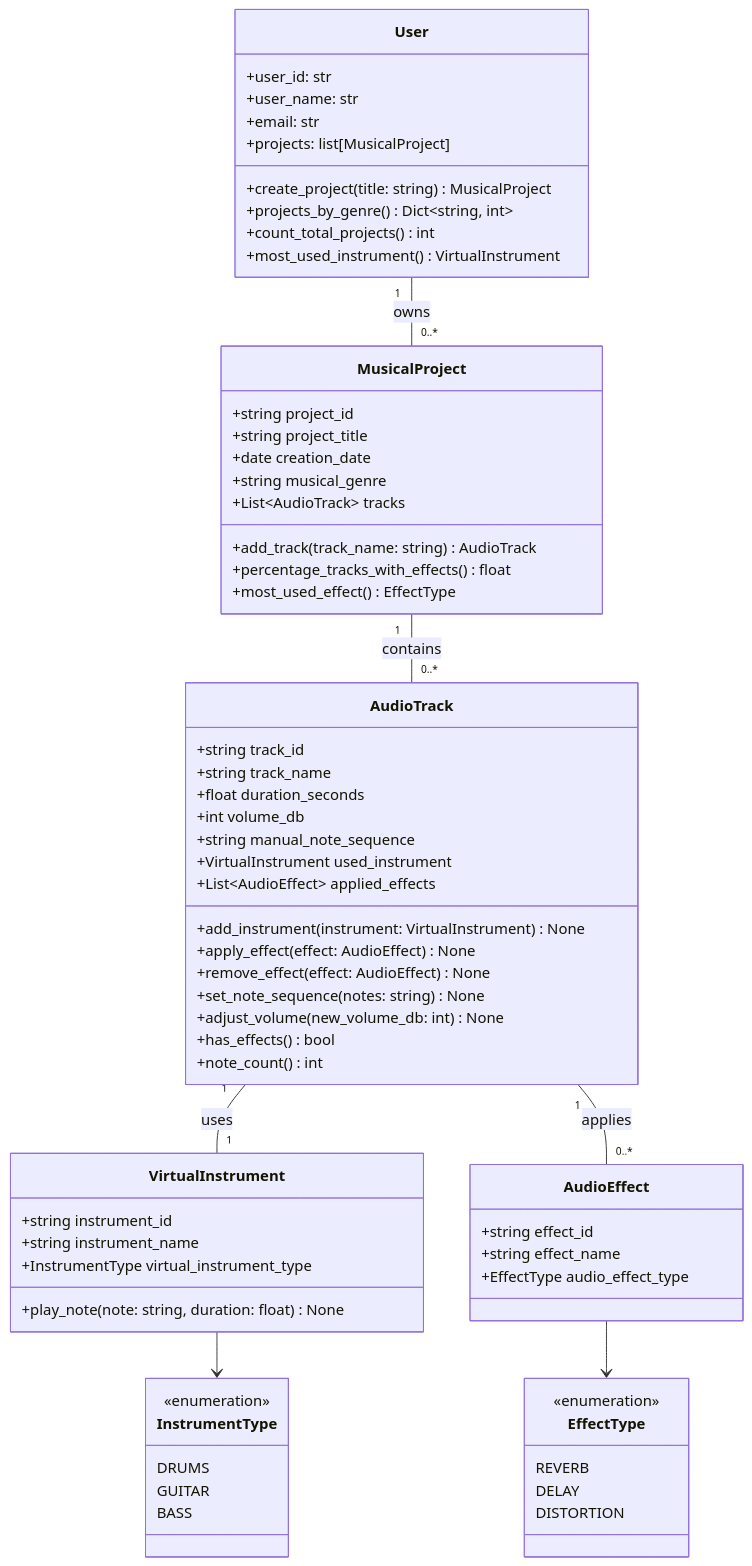
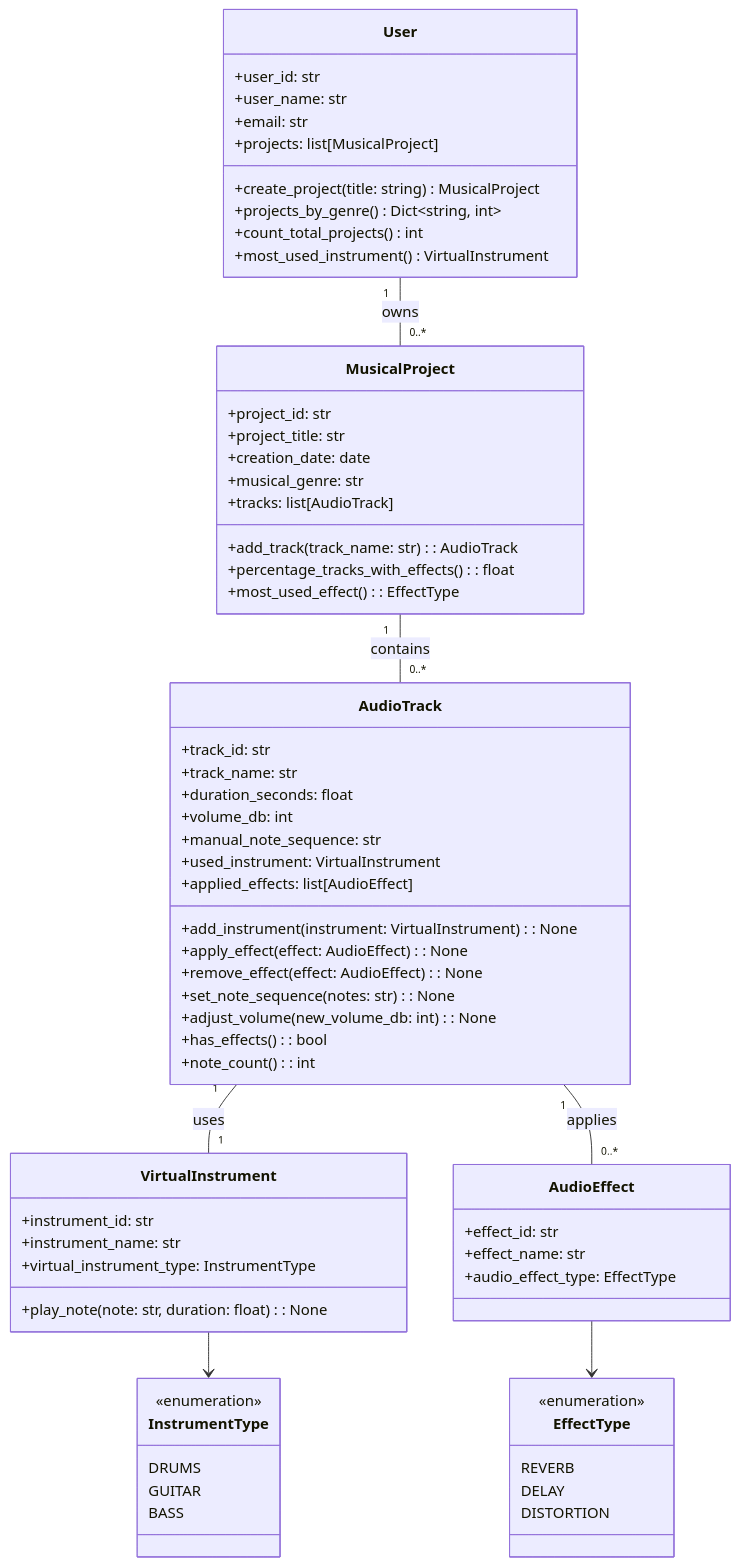
The diagram in Computer_science/New_Python_exercises/Exercises_with_MarmaidJS/Pontellini_034.mmd (LucaPontellini/Homepage), drawn with Mermaid before and after one commit. The commit also changed 1 other file, not shown here.

```diff
--- a/Computer_science/New_Python_exercises/Exercises_with_MarmaidJS/Pontellini_034.mmd
+++ b/Computer_science/New_Python_exercises/Exercises_with_MarmaidJS/Pontellini_034.mmd
@@ -1,74 +1,73 @@
 classDiagram
     class User {
         +user_id: str
         +user_name: str
         +email: str 
         +projects: list[MusicalProject]
         +create_project(title: string) MusicalProject
         +projects_by_genre() Dict~string, int~
         +count_total_projects() int
         +most_used_instrument() VirtualInstrument
     }
 
     class MusicalProject {
-        +string project_id
-        +string project_title
-        +date creation_date
-        +string musical_genre
-        +List~AudioTrack~ tracks
-        +add_track(track_name: string) AudioTrack
-        +percentage_tracks_with_effects() float
-        +most_used_effect() EffectType
+        +project_id: str
+        +project_title: str
+        +creation_date: date
+        +musical_genre: str
+        +tracks: list[AudioTrack]
+        +add_track(track_name: str): AudioTrack
+        +percentage_tracks_with_effects(): float
+        +most_used_effect(): EffectType
     }
 
     class AudioTrack {
-        +string track_id
-        +string track_name
-        +float duration_seconds
-        +int volume_db
-        +string manual_note_sequence
-        +VirtualInstrument used_instrument
-        +List~AudioEffect~ applied_effects
-        +add_instrument(instrument: VirtualInstrument) None
-        +apply_effect(effect: AudioEffect) None
-        +remove_effect(effect: AudioEffect) None
-        +set_note_sequence(notes: string) None
-        +adjust_volume(new_volume_db: int) None
-        +has_effects() bool
-        +note_count() int
+        +track_id: str
+        +track_name: str
+        +duration_seconds: float
+        +volume_db: int
+        +manual_note_sequence: str
+        +used_instrument: VirtualInstrument
+        +applied_effects: list[AudioEffect]
+        +add_instrument(instrument: VirtualInstrument): None
+        +apply_effect(effect: AudioEffect): None
+        +remove_effect(effect: AudioEffect): None
+        +set_note_sequence(notes: str): None
+        +adjust_volume(new_volume_db: int): None
+        +has_effects(): bool
+        +note_count(): int
     }
 
     class VirtualInstrument {
-        +string instrument_id
-        +string instrument_name
-        +InstrumentType virtual_instrument_type
-        +play_note(note: string, duration: float) None
+        +instrument_id: str
+        +instrument_name: str
+        +virtual_instrument_type: InstrumentType
+        +play_note(note: str, duration: float): None
     }
 
     class AudioEffect {
-        +string effect_id
-        +string effect_name
-        +EffectType audio_effect_type
+        +effect_id: str
+        +effect_name: str
+        +audio_effect_type: EffectType
     }
 
     class InstrumentType {
         <<enumeration>>
         DRUMS
         GUITAR
         BASS
     }
 
     class EffectType {
         <<enumeration>>
         REVERB
         DELAY
         DISTORTION
     }
 
-    User "1" -- "0..*" MusicalProject : owns
-    MusicalProject "1" -- "0..*" AudioTrack : contains
-    AudioTrack "1" -- "1" VirtualInstrument : uses
-    AudioTrack "1" -- "0..*" AudioEffect : applies
-
-    VirtualInstrument --> InstrumentType
-    AudioEffect --> EffectType
+User "1" -- "0..*" MusicalProject : owns
+MusicalProject "1" -- "0..*" AudioTrack : contains
+AudioTrack "1" -- "1" VirtualInstrument : uses
+AudioTrack "1" -- "0..*" AudioEffect : applies
+VirtualInstrument --> InstrumentType
+AudioEffect --> EffectType
```
